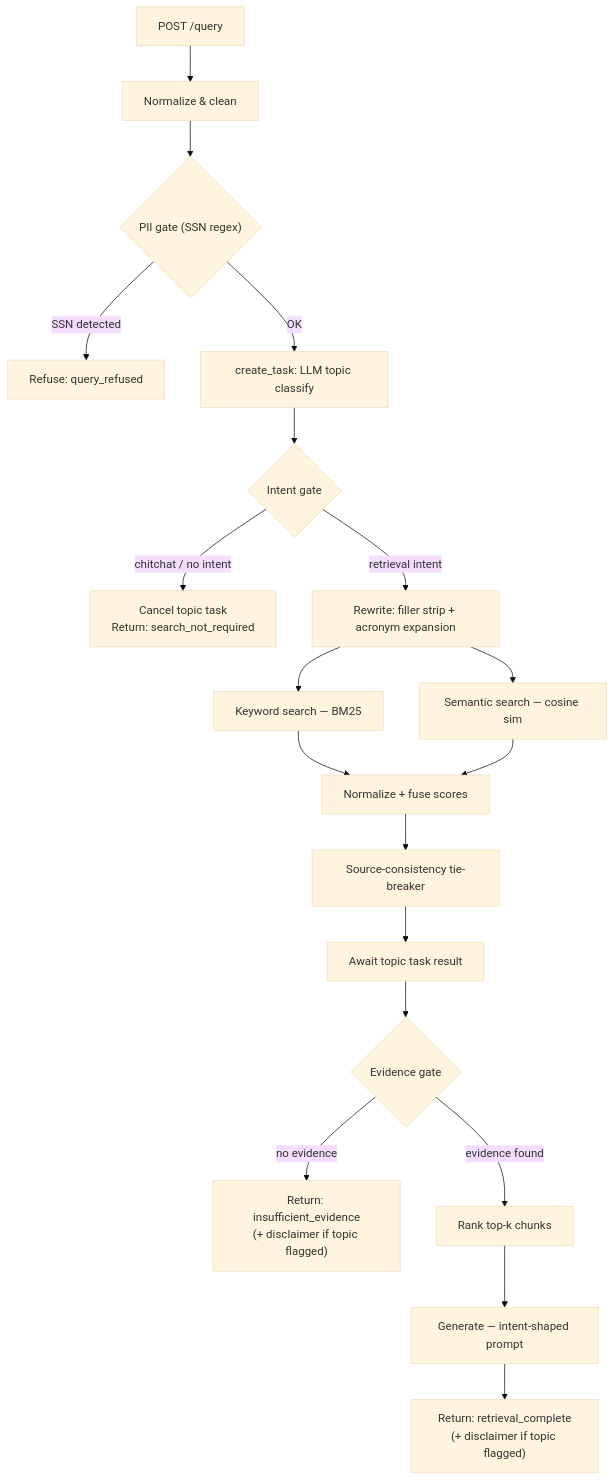
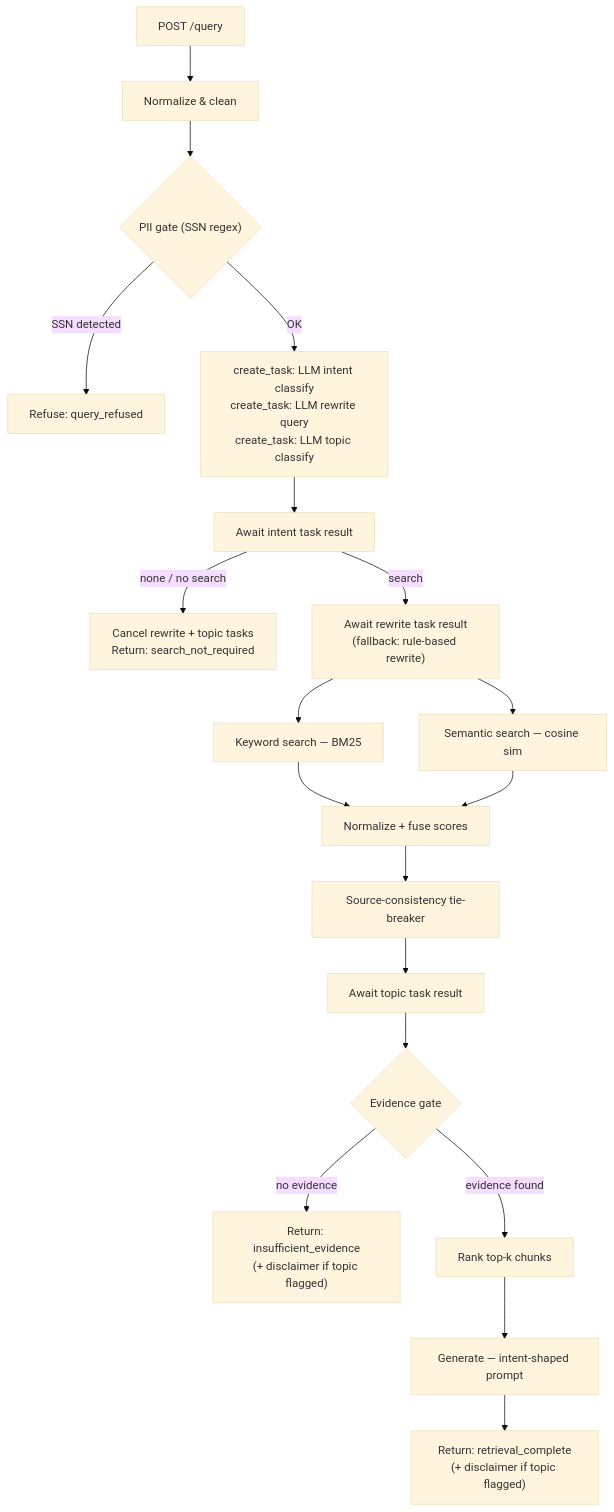
The diagram in README.md (bmann51/rag-pipeline), drawn with Mermaid (base theme) before and after one commit. The commit also changed other lines of this file and 2 other files, not shown here.

Commit message:
Add LLM intent gate and query rewrite with rule-based fallbacks

````diff
--- a/README.md
+++ b/README.md
@@ -11,21 +11,21 @@
 ```mermaid
 flowchart TD
     A["POST /query"] --> B["Normalize & clean"]
     B --> C{"PII gate (SSN regex)"}
     C -- "SSN detected" --> D["Refuse: query_refused"]
-    C -- "OK" --> E["create_task: LLM topic classify"]
-    E --> F{"Intent gate"}
-    F -- "chitchat / no intent" --> G["Cancel topic task\nReturn: search_not_required"]
-    F -- "retrieval intent" --> H["Rewrite: filler strip + acronym expansion"]
+    C -- "OK" --> E["create_task: LLM intent classify\ncreate_task: LLM rewrite query\ncreate_task: LLM topic classify"]
+    E --> F["Await intent task result"]
+    F -- "none / no search" --> G["Cancel rewrite + topic tasks\nReturn: search_not_required"]
+    F -- "search" --> H["Await rewrite task result\n(fallback: rule-based rewrite)"]
     H --> I["Keyword search — BM25"]
     H --> J["Semantic search — cosine sim"]
     I --> K["Normalize + fuse scores"]
     J --> K
     K --> L["Source-consistency tie-breaker"]
     L --> M["Await topic task result"]
     M --> N{"Evidence gate"}
     N -- "no evidence" --> O["Return: insufficient_evidence\n(+ disclaimer if topic flagged)"]
     N -- "evidence found" --> P["Rank top-k chunks"]
     P --> Q["Generate — intent-shaped prompt"]
     Q --> R["Return: retrieval_complete\n(+ disclaimer if topic flagged)"]
 ```
````
